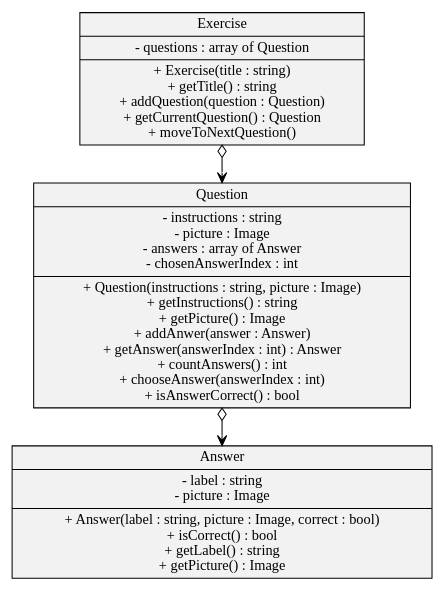
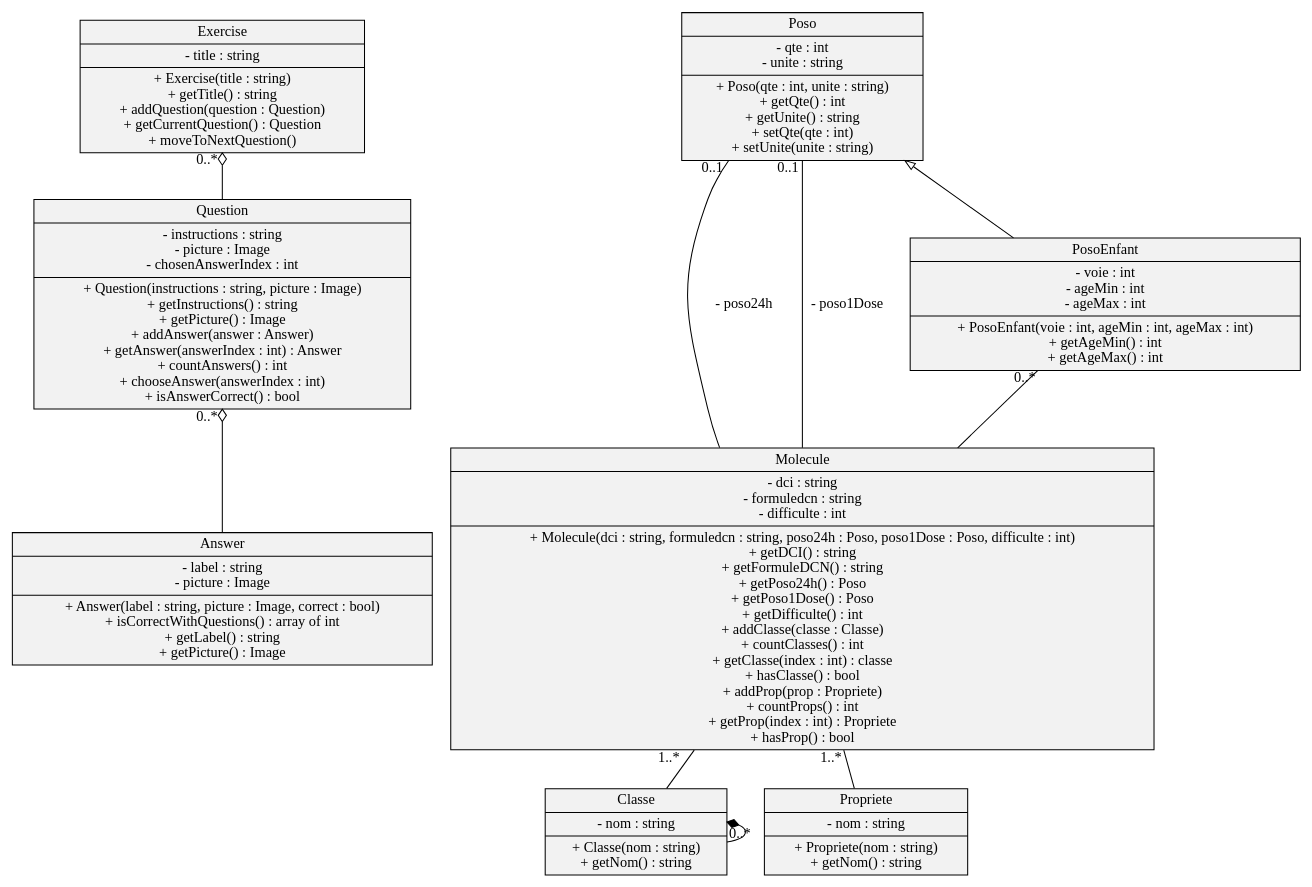
One commit to Alexis-GOY/pharmatrainer changed the diagram in specifications/diag_classes.dot. Above: the diagram before and after it, drawn with Graphviz.

Commit message:
Mise à jour du diagramme de classes
Pour mieux correspondre à la dernière réunion

```diff
--- a/specifications/diag_classes.dot
+++ b/specifications/diag_classes.dot
@@ -1,35 +1,33 @@
 digraph hierarchy {
-  size="20,20"
-  concentrate=true
+  size="40,40"
   node[shape=record,style=filled,fillcolor=gray95]
-  edge[dir=back, arrowtail=empty]
+  edge[dir=back, arrowtail=none]
 
-#  2[label = "{Molecule| - inn : string\n - molecularFormula : string|+Molecule(inn : string, molecularFormula : string)\n + getINN() : string\n + getMolecularFormula() : string}"]
+ Exercise [label = "{Exercise| - title : string| + Exercise(title : string)\n + getTitle() : string\n + addQuestion(question : Question)\n + getCurrentQuestion() : Question\n + moveToNextQuestion()}"]
 
-#  3[label = "{User| - username : string\n - displayName : string\n|+User(username : string, displayName : string)\n + getUsername() : string\n + getDisplayName() : string}"]
+ Question [label = "{Question| - instructions : string\n - picture : Image\n - chosenAnswerIndex : int|+ Question(instructions : string, picture : Image)\n + getInstructions() : string\n+ getPicture() : Image\n + addAnswer(answer : Answer)\n + getAnswer(answerIndex : int) : Answer\n + countAnswers() : int\n + chooseAnswer(answerIndex : int)\n + isAnswerCorrect() : bool}"]
 
-#  4[label = "{Teacher||}"]
+ Answer [label = "{Answer| - label : string\n - picture : Image\n|+ Answer(label : string, picture : Image, correct : bool)\n + isCorrectWithQuestions() : array of int\n + getLabel() : string\n + getPicture() : Image}"]
 
-#  5[label = "{Student| - rank : string\n - exp : int\n - expToNextRank : int|+Student(username : string, displayName : string)\n + getRank() : string\n + getExp() : int\n + getExpToNextRank() : int\n + earnExp(exp : int)}"]
+ Molecule [label = "{Molecule| - dci : string\n - formuledcn : string\n - difficulte : int| + Molecule(dci : string, formuledcn : string, poso24h : Poso, poso1Dose : Poso, difficulte : int)\n + getDCI() : string\n + getFormuleDCN() : string\n + getPoso24h() : Poso\n + getPoso1Dose() : Poso\n + getDifficulte() : int\n + addClasse(classe : Classe)\n + countClasses() : int\n + getClasse(index : int) : classe\n + hasClasse() : bool\n + addProp(prop : Propriete)\n + countProps() : int\n + getProp(index : int) : Propriete\n + hasProp() : bool\n}"]
 
- 6[label = "{Exercise| - questions : array of Question| + Exercise(title : string)\n + getTitle() : string\n + addQuestion(question : Question)\n + getCurrentQuestion() : Question\n + moveToNextQuestion()}"]
+ Classe [label = "{Classe| - nom : string\n| + Classe(nom : string)\n + getNom() : string}"]
 
- 7[label = "{Question| - instructions : string\n - picture : Image\n - answers : array of Answer\n - chosenAnswerIndex : int|+ Question(instructions : string, picture : Image)\n + getInstructions() : string\n+ getPicture() : Image\n + addAnwer(answer : Answer)\n + getAnswer(answerIndex : int) : Answer\n + countAnswers() : int\n + chooseAnswer(answerIndex : int)\n + isAnswerCorrect() : bool}"]
+ Propriete [label = "{Propriete| - nom : string\n| + Propriete(nom : string)\n + getNom() : string}"]
 
-  8[label = "{Answer| - label : string\n - picture : Image\n|+ Answer(label : string, picture : Image, correct : bool)\n + isCorrect() : bool\n + getLabel() : string\n + getPicture() : Image}"]
+ Poso [label = "{Poso| - qte : int\n - unite : string| + Poso(qte : int, unite : string)\n + getQte() : int\n + getUnite() : string\n + setQte(qte : int)\n + setUnite(unite : string)}"]
 
-#  9[label = "{DataBase| - connected : bool| +DataBase(location : string, username : string, password : string)\n + loadExercise(exerciseName : string) : Exercise\n + addExercise(exercise : Exercise, exerciseName : string) : string\n + loginUser(username : string, hashedPassword : string) : User}"]
+ PosoEnfant [label = "{PosoEnfant| - voie : int\n - ageMin : int\n - ageMax : int| + PosoEnfant(voie : int, ageMin : int, ageMax : int)\n + getAgeMin() : int\n + getAgeMax() : int}"]
 
 
-6->7 [arrowtail=odiamond]
-7->6 [arrowtail=vee];
-7->8 [arrowtail=odiamond];
-8->7 [arrowtail=vee];
+Exercise->Question [arrowtail=odiamond, taillabel="0..* "]
+Question->Answer [arrowtail=odiamond, taillabel="0..* "]
+Molecule->Classe [arrowtail=none, taillabel="1..*   "];
+Molecule->Propriete [arrowtail=none, taillabel="1..*"];
+Poso->PosoEnfant [arrowtail=oarrow] # PosoEnfant hérite de Poso
+Classe->Classe [arrowtail=diamond, headlabel="0..*"]
+Poso->Molecule [arrowtail=none, taillabel="0..1 ", label="- poso24h"]
+Poso->Molecule [arrowtail=none, taillabel="0..1", label="- poso1Dose"]
+PosoEnfant->Molecule [arrowtail=none, taillabel="0..*"]
 
-#  2->3
-#  2->4
-#  5->5[constraint=false, arrowtail=odiamond]
-#  4->3[constraint=false, arrowtail=odiamond]
-#  2->5[constraint=false, arrowtail=odiamond]
-#  5->6[arrowtail=odiamond]
 }
```
